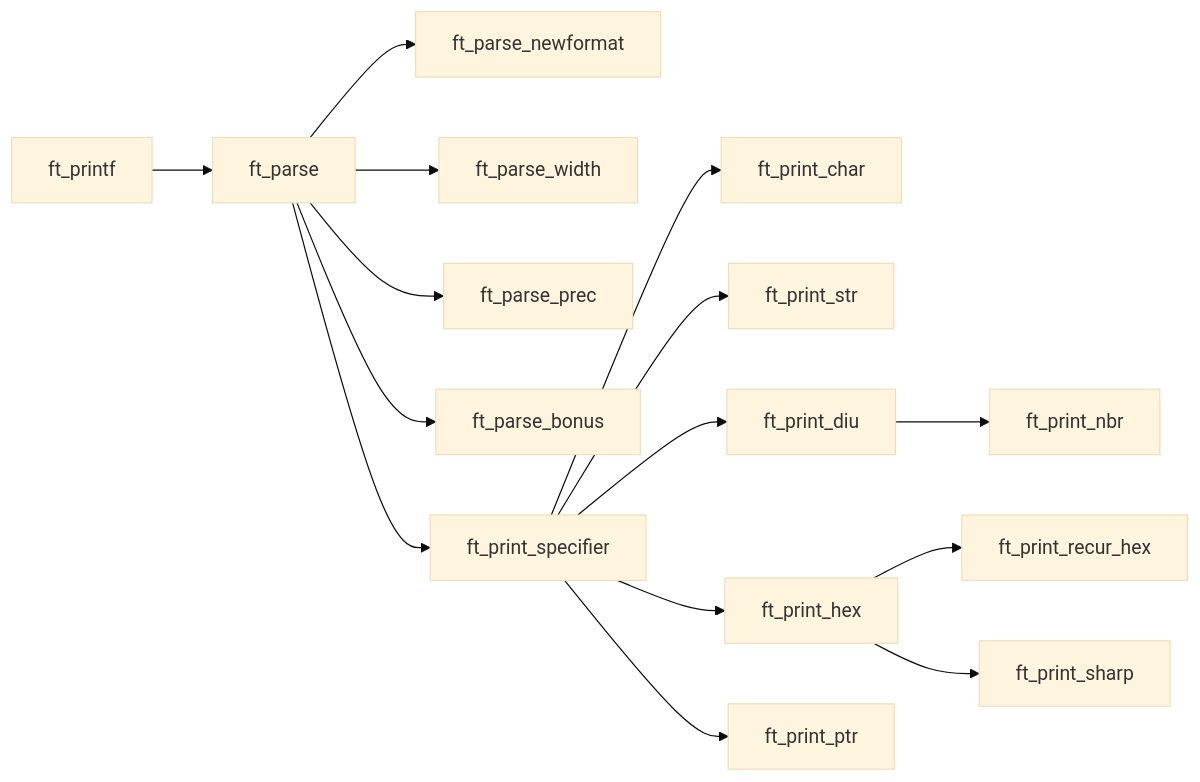
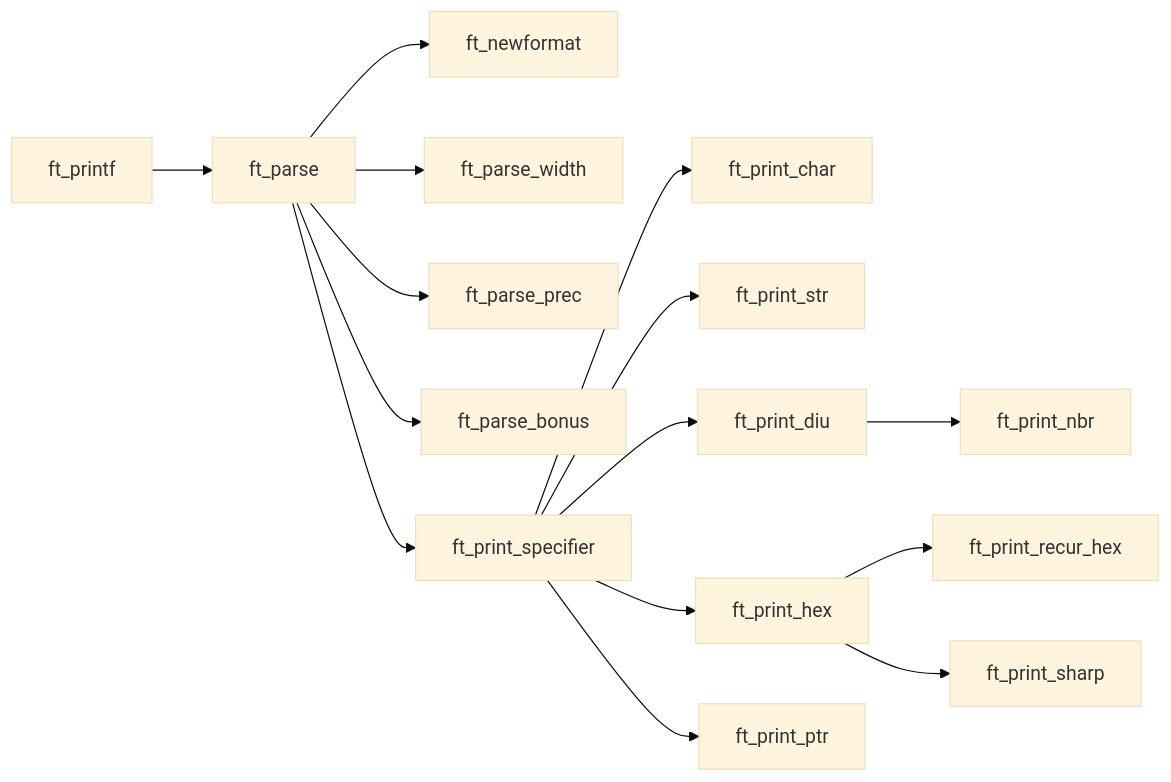
One commit to PedroZappa/42_ft_printf changed the second of 2 diagrams in README.md. Above: the diagram before and after it, drawn with Mermaid (base theme). The commit also changed other lines of this file, not shown here.

````diff
--- a/README.md
+++ b/README.md
@@ -180,20 +181,20 @@
 ```mermaid
 ---
 title ft_printf Processing Flow
 ---
 graph LR;
     ft_printf-->ft_parse;
-    ft_parse-->ft_parse_newformat;
+    ft_parse-->ft_newformat;
     ft_parse-->ft_parse_width;
     ft_parse-->ft_parse_prec;
     ft_parse-->ft_parse_bonus;
     ft_parse-->ft_print_specifier;
     ft_print_specifier-->ft_print_char;
     ft_print_specifier-->ft_print_str;
     ft_print_specifier-->ft_print_diu;
     ft_print_specifier-->ft_print_hex;
     ft_print_specifier-->ft_print_ptr;
     ft_print_diu-->ft_print_nbr;
     ft_print_hex-->ft_print_recur_hex;
     ft_print_hex-->ft_print_sharp;
 ```
````
